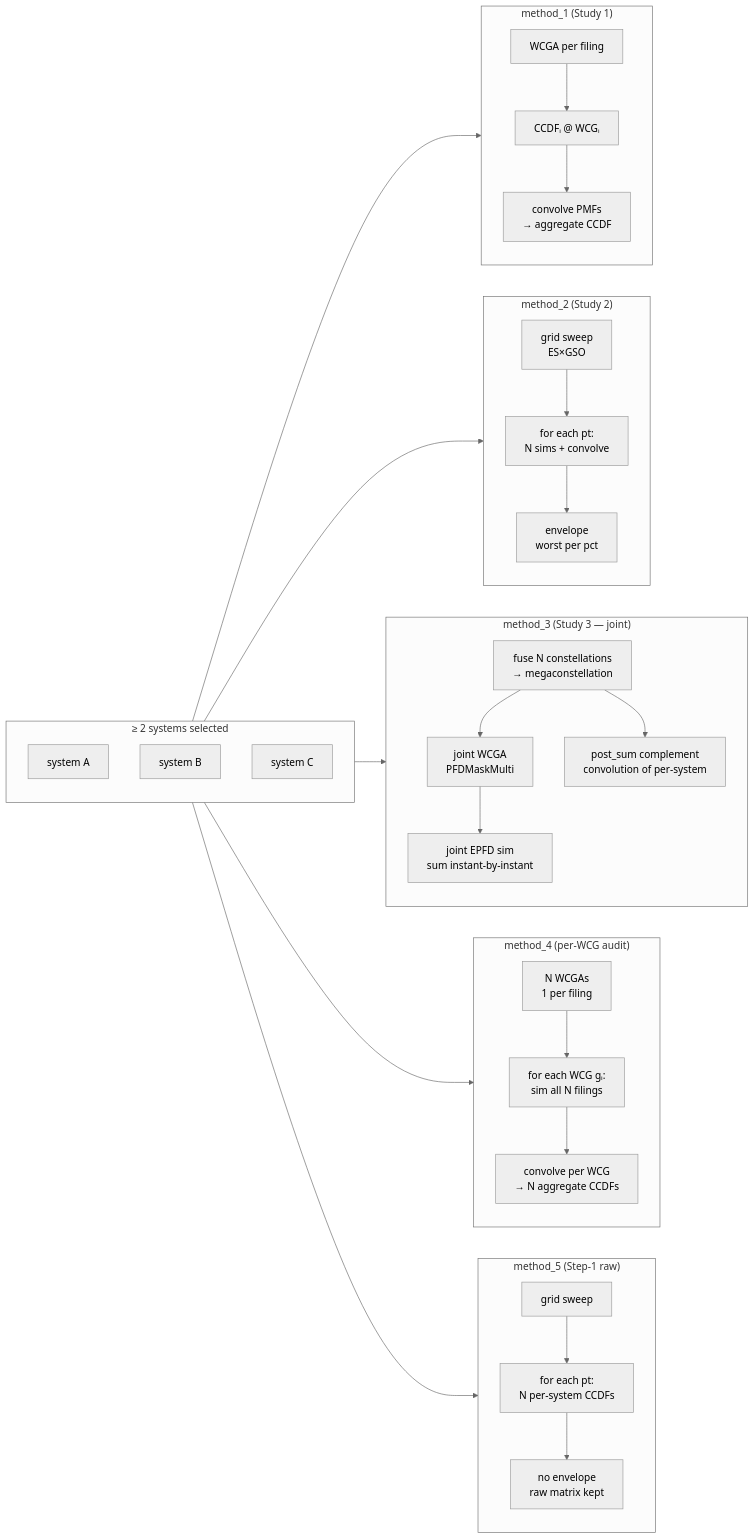
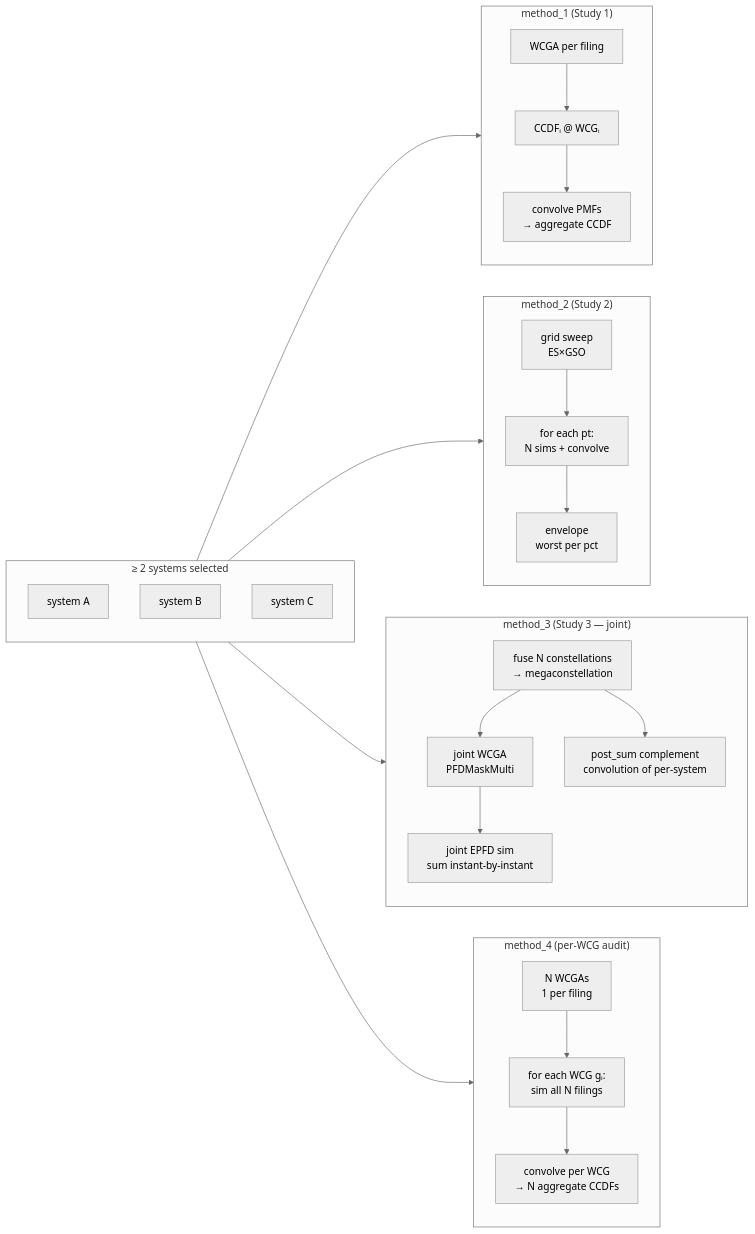
One commit to SIMULATOR-WG/SHARC-Orbit_colab_ITU changed the second of 19 diagrams in ARCHITECTURE.md. Above: the diagram before and after it, drawn with Mermaid (neutral theme). The commit also changed other lines of this file and 5 other files, not shown here.

First line of the commit message:
docs: update architecture and README for method changes

````diff
--- a/ARCHITECTURE.md
+++ b/ARCHITECTURE.md
@@ -402,56 +388,47 @@
 ```mermaid
 graph LR
     subgraph Inputs["≥ 2 systems selected"]
         S1[system A]
         S2[system B]
         S3[system C]
     end
 
     subgraph M1["method_1 (Study 1)"]
         direction TB
         M1a[WCGA per filing]
         M1b["CCDFᵢ @ WCGᵢ"]
         M1c["convolve PMFs<br>→ aggregate CCDF"]
         M1a --> M1b --> M1c
     end
 
     subgraph M2["method_2 (Study 2)"]
         direction TB
         M2a[grid sweep<br>ES×GSO]
         M2b["for each pt:<br>N sims + convolve"]
         M2c[envelope<br>worst per pct]
         M2a --> M2b --> M2c
     end
 
     subgraph M3["method_3 (Study 3 — joint)"]
         direction TB
         M3a[fuse N constellations<br>→ megaconstellation]
         M3b[joint WCGA<br>PFDMaskMulti]
         M3c[joint EPFD sim<br>sum instant-by-instant]
         M3d[post_sum complement<br>convolution of per-system]
         M3a --> M3b --> M3c
         M3a --> M3d
     end
 
     subgraph M4["method_4 (per-WCG audit)"]
         direction TB
         M4a[N WCGAs<br>1 per filing]
         M4b["for each WCG gᵢ:<br>sim all N filings"]
         M4c[convolve per WCG<br>→ N aggregate CCDFs]
         M4a --> M4b --> M4c
     end
 
-    subgraph M5["method_5 (Step-1 raw)"]
-        direction TB
-        M5a[grid sweep]
-        M5b[for each pt:<br>N per-system CCDFs]
-        M5c[no envelope<br>raw matrix kept]
-        M5a --> M5b --> M5c
-    end
-
     Inputs --> M1
     Inputs --> M2
     Inputs --> M3
     Inputs --> M4
-    Inputs --> M5
 ```
````
